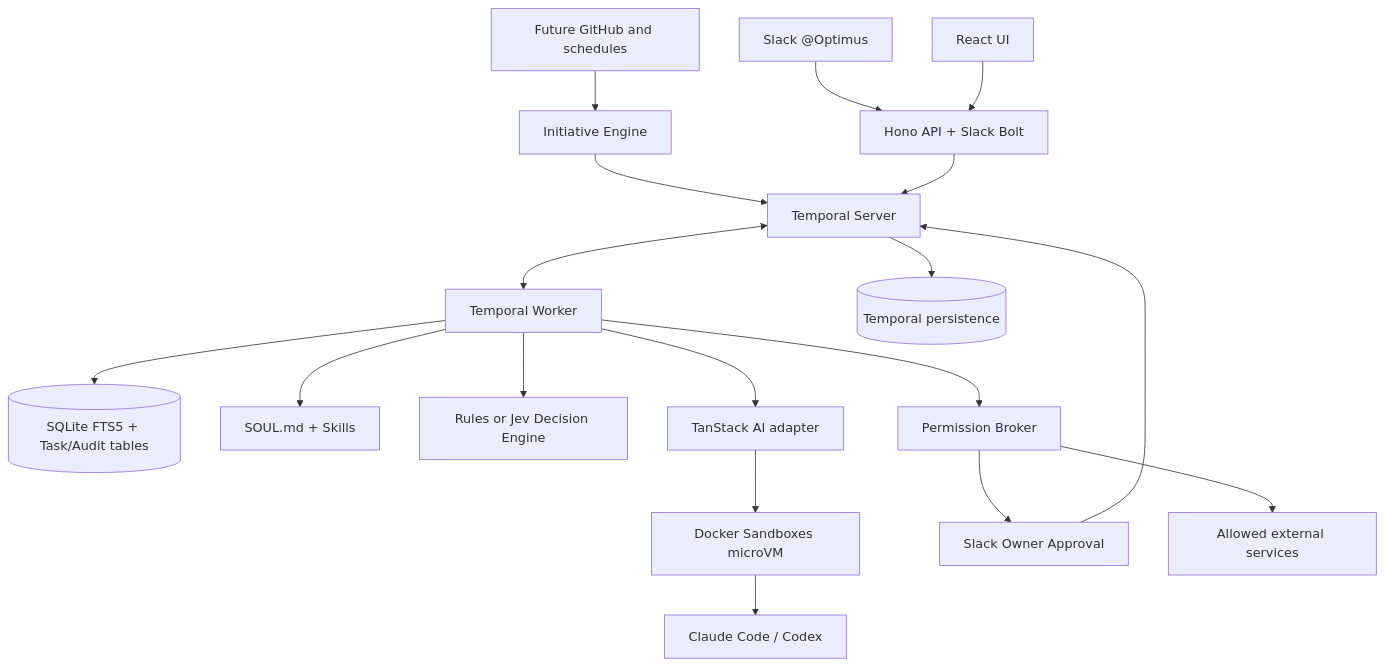
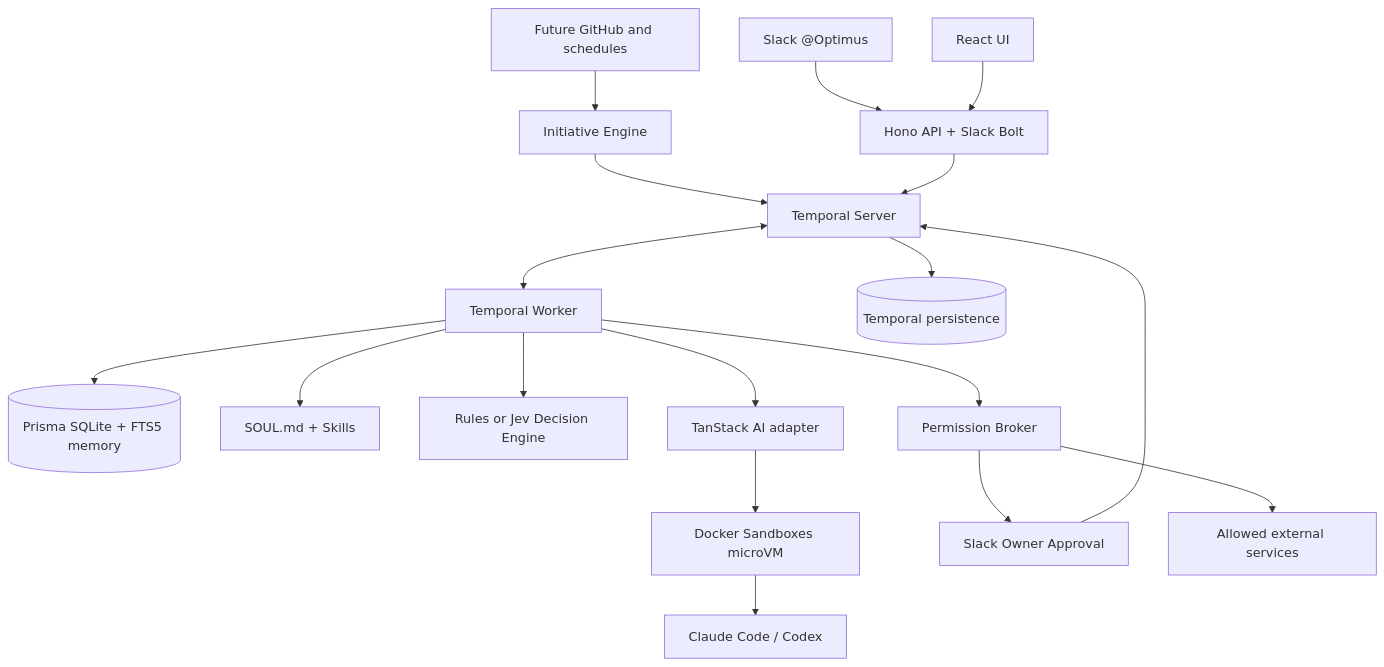
The diagram in docs/ARCHITECTURE.md (ElyRand/Optimus), drawn with Mermaid before and after one commit. The commit also changed other lines of this file and 13 other files, not shown here.

````diff
--- a/docs/ARCHITECTURE.md
+++ b/docs/ARCHITECTURE.md
@@ -3,20 +3,20 @@
 ```mermaid
 flowchart TD
   Slack[Slack @Optimus] --> API[Hono API + Slack Bolt]
   Web[React UI] --> API
   Triggers[Future GitHub and schedules] --> Initiative[Initiative Engine]
   Initiative --> Temporal[Temporal Server]
   API --> Temporal
   Temporal <--> Worker[Temporal Worker]
-  Worker --> DB[(SQLite FTS5 + Task/Audit tables)]
+  Worker --> DB[(Prisma SQLite + FTS5 memory)]
   Worker --> Identity[SOUL.md + Skills]
   Worker --> Decision[Rules or Jev Decision Engine]
   Worker --> Broker[Permission Broker]
   Worker --> Runtime[TanStack AI adapter]
   Runtime --> VM[Docker Sandboxes microVM]
   VM --> Claude[Claude Code / Codex]
   Broker --> Approval[Slack Owner Approval]
   Approval --> Temporal
   Broker --> Services[Allowed external services]
   Temporal --> PG[(Temporal persistence)]
 ```
````
